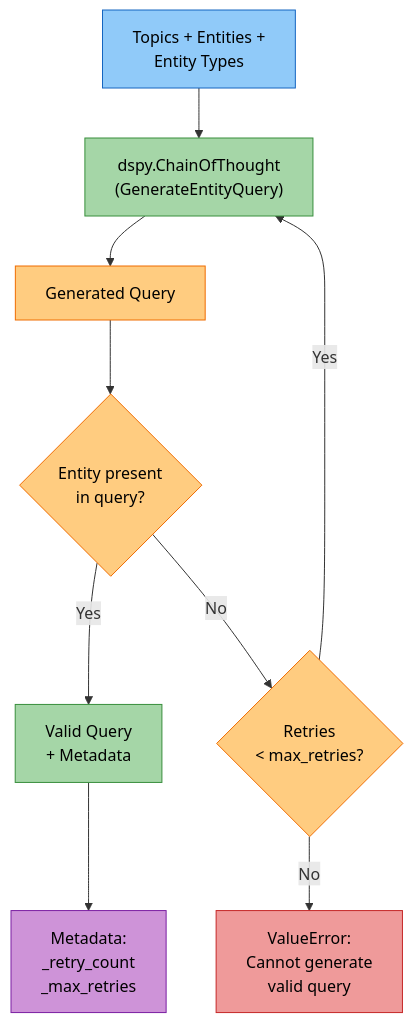
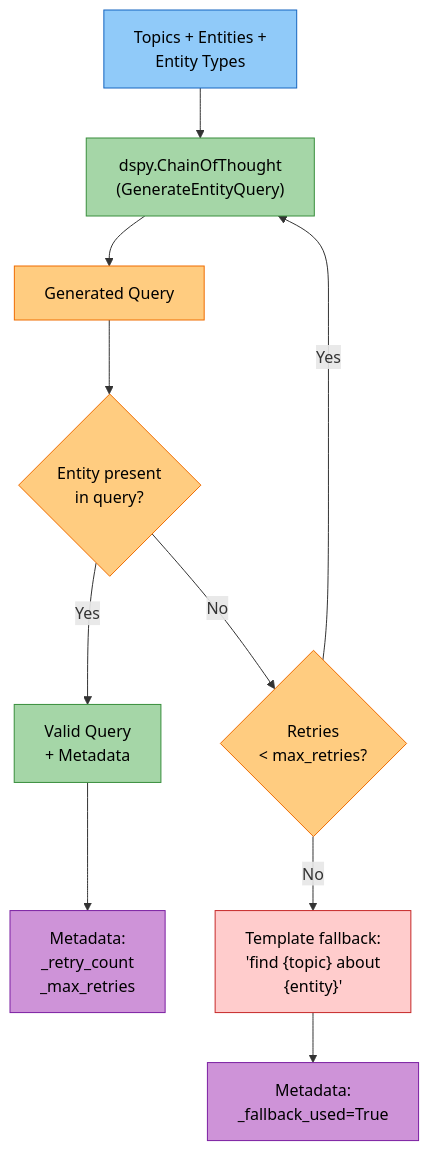
Before and after one commit to amit-jain/cogniverse: the second of 8 diagrams in docs/architecture/evaluation-optimization-loop.md, drawn with Mermaid. The commit also changed other lines of this file and 119 other files, not shown here.

````diff
--- a/docs/architecture/evaluation-optimization-loop.md
+++ b/docs/architecture/evaluation-optimization-loop.md
@@ -246,21 +269,23 @@
 ```mermaid
 flowchart TD
     IN["<span style='color:#000'>Topics + Entities +<br/>Entity Types</span>"] --> COT["<span style='color:#000'>dspy.ChainOfThought<br/>(GenerateEntityQuery)</span>"]
     COT --> Q["<span style='color:#000'>Generated Query</span>"]
     Q --> VAL{"<span style='color:#000'>Entity present<br/>in query?</span>"}
     VAL -- "Yes" --> OUT["<span style='color:#000'>Valid Query<br/>+ Metadata</span>"]
     VAL -- "No" --> RC{"<span style='color:#000'>Retries<br/>< max_retries?</span>"}
     RC -- "Yes" --> COT
-    RC -- "No" --> ERR["<span style='color:#000'>ValueError:<br/>Cannot generate<br/>valid query</span>"]
+    RC -- "No" --> FB["<span style='color:#000'>Template fallback:<br/>'find {topic} about<br/>{entity}'</span>"]
 
     OUT --> META["<span style='color:#000'>Metadata:<br/>_retry_count<br/>_max_retries</span>"]
+    FB --> META2["<span style='color:#000'>Metadata:<br/>_fallback_used=True</span>"]
 
     style IN fill:#90caf9,stroke:#1565c0,color:#000
     style COT fill:#a5d6a7,stroke:#388e3c,color:#000
     style Q fill:#ffcc80,stroke:#ef6c00,color:#000
     style VAL fill:#ffcc80,stroke:#ef6c00,color:#000
     style OUT fill:#a5d6a7,stroke:#388e3c,color:#000
     style RC fill:#ffcc80,stroke:#ef6c00,color:#000
-    style ERR fill:#ef9a9a,stroke:#c62828,color:#000
+    style FB fill:#ffcccc,stroke:#c62828,color:#000
     style META fill:#ce93d8,stroke:#7b1fa2,color:#000
+    style META2 fill:#ce93d8,stroke:#7b1fa2,color:#000
 ```
````
